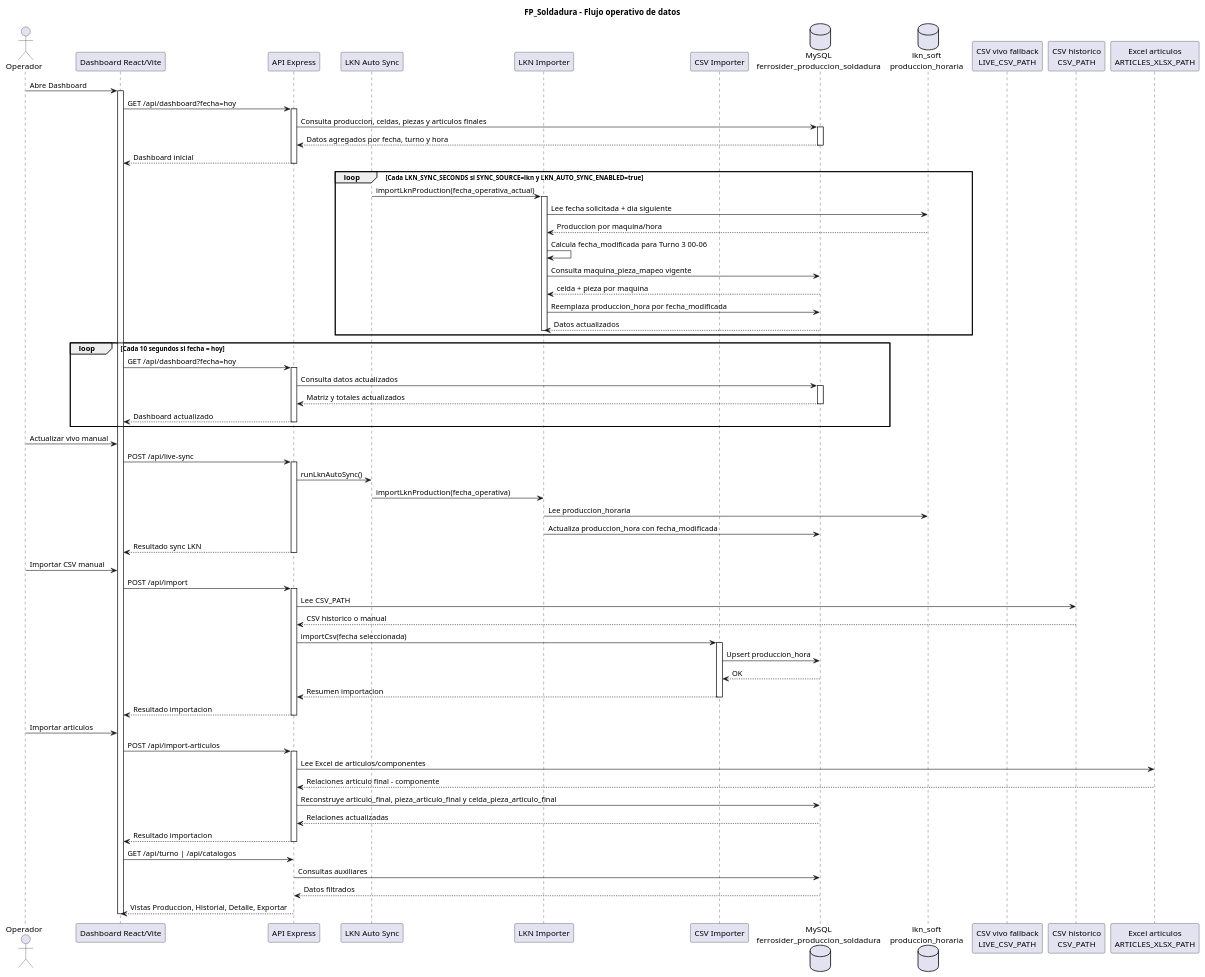
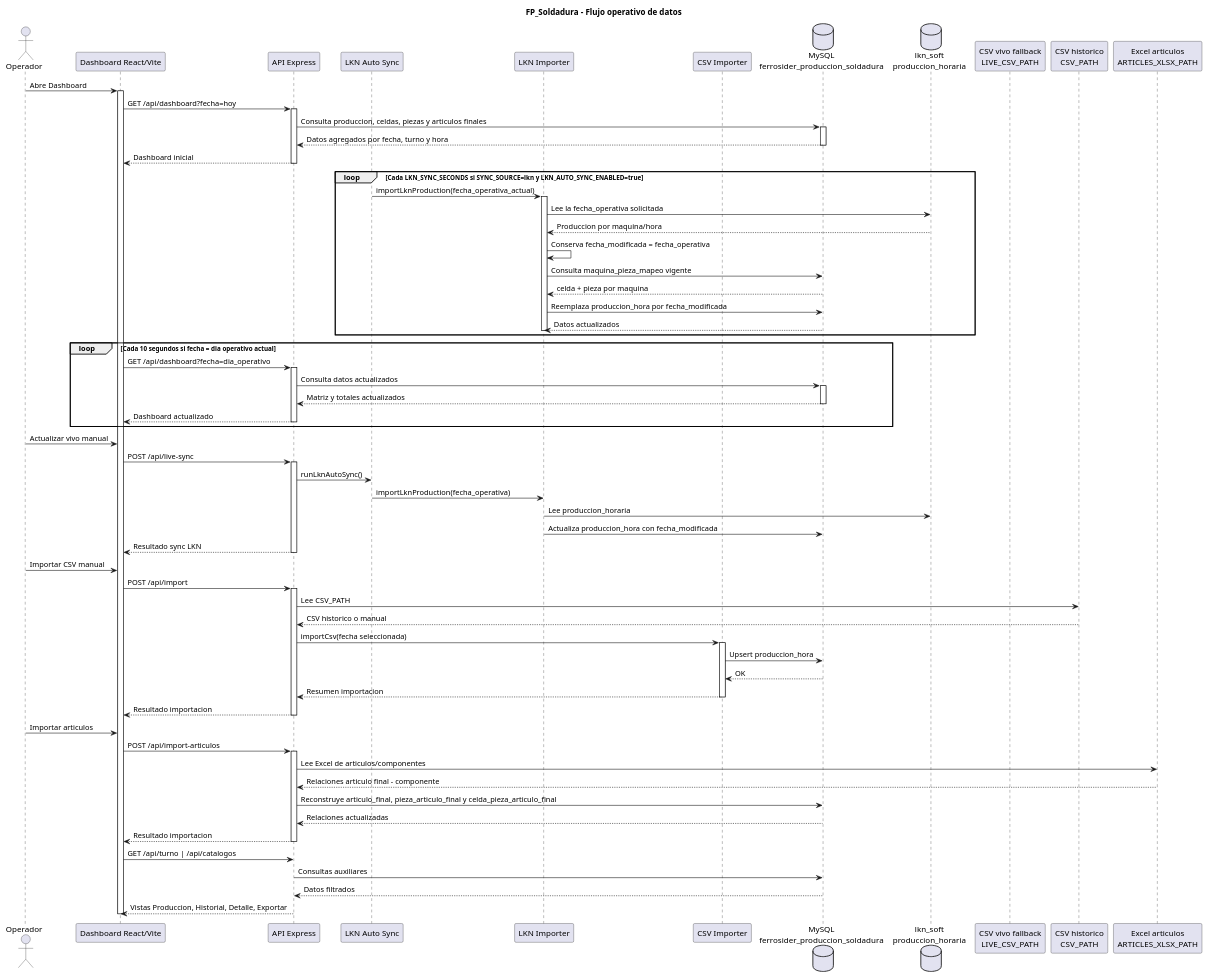
Before and after one commit to LucianoZunino/FP_soldadura: the diagram in docs/FP_Soldadura_Flujo_operativo_datos.puml, drawn with PlantUML. The commit also changed 13 other files, not shown here.

Commit message:
corregir fecha operativa y residuos LKN

```diff
--- a/docs/FP_Soldadura_Flujo_operativo_datos.puml
+++ b/docs/FP_Soldadura_Flujo_operativo_datos.puml
@@ -1,91 +1,91 @@
 @startuml
 title FP_Soldadura - Flujo operativo de datos
 
 actor Operador
 participant "Dashboard React/Vite" as Frontend
 participant "API Express" as API
 participant "LKN Auto Sync" as LknSync
 participant "LKN Importer" as LknImporter
 participant "CSV Importer" as Importer
 database "MySQL\nferrosider_produccion_soldadura" as DB
 database "lkn_soft\nproduccion_horaria" as Lkn
 participant "CSV vivo fallback\nLIVE_CSV_PATH" as CsvLive
 participant "CSV historico\nCSV_PATH" as CsvManual
 participant "Excel articulos\nARTICLES_XLSX_PATH" as Excel
 
 Operador -> Frontend : Abre Dashboard
 activate Frontend
 Frontend -> API : GET /api/dashboard?fecha=hoy
 activate API
 API -> DB : Consulta produccion, celdas, piezas y articulos finales
 activate DB
 DB --> API : Datos agregados por fecha, turno y hora
 deactivate DB
 API --> Frontend : Dashboard inicial
 deactivate API
 
 loop Cada LKN_SYNC_SECONDS si SYNC_SOURCE=lkn y LKN_AUTO_SYNC_ENABLED=true
   LknSync -> LknImporter : importLknProduction(fecha_operativa_actual)
   activate LknImporter
-  LknImporter -> Lkn : Lee fecha solicitada + dia siguiente
+  LknImporter -> Lkn : Lee la fecha_operativa solicitada
   Lkn --> LknImporter : Produccion por maquina/hora
-  LknImporter -> LknImporter : Calcula fecha_modificada para Turno 3 00-06
+  LknImporter -> LknImporter : Conserva fecha_modificada = fecha_operativa
   LknImporter -> DB : Consulta maquina_pieza_mapeo vigente
   DB --> LknImporter : celda + pieza por maquina
   LknImporter -> DB : Reemplaza produccion_hora por fecha_modificada
   DB --> LknImporter : Datos actualizados
   deactivate LknImporter
 end
 
-loop Cada 10 segundos si fecha = hoy
-  Frontend -> API : GET /api/dashboard?fecha=hoy
+loop Cada 10 segundos si fecha = dia operativo actual
+  Frontend -> API : GET /api/dashboard?fecha=dia_operativo
   activate API
   API -> DB : Consulta datos actualizados
   activate DB
   DB --> API : Matriz y totales actualizados
   deactivate DB
   API --> Frontend : Dashboard actualizado
   deactivate API
 end
 
 Operador -> Frontend : Actualizar vivo manual
 Frontend -> API : POST /api/live-sync
 activate API
 API -> LknSync : runLknAutoSync()
 LknSync -> LknImporter : importLknProduction(fecha_operativa)
 LknImporter -> Lkn : Lee produccion_horaria
 LknImporter -> DB : Actualiza produccion_hora con fecha_modificada
 API --> Frontend : Resultado sync LKN
 deactivate API
 
 Operador -> Frontend : Importar CSV manual
 Frontend -> API : POST /api/import
 activate API
 API -> CsvManual : Lee CSV_PATH
 CsvManual --> API : CSV historico o manual
 API -> Importer : importCsv(fecha seleccionada)
 activate Importer
 Importer -> DB : Upsert produccion_hora
 DB --> Importer : OK
 Importer --> API : Resumen importacion
 deactivate Importer
 API --> Frontend : Resultado importacion
 deactivate API
 
 Operador -> Frontend : Importar articulos
 Frontend -> API : POST /api/import-articulos
 activate API
 API -> Excel : Lee Excel de articulos/componentes
 Excel --> API : Relaciones articulo final - componente
 API -> DB : Reconstruye articulo_final, pieza_articulo_final y celda_pieza_articulo_final
 DB --> API : Relaciones actualizadas
 API --> Frontend : Resultado importacion
 deactivate API
 
 Frontend -> API : GET /api/turno | /api/catalogos
 API -> DB : Consultas auxiliares
 DB --> API : Datos filtrados
 API --> Frontend : Vistas Produccion, Historial, Detalle, Exportar
 
 deactivate Frontend
 @enduml
```
